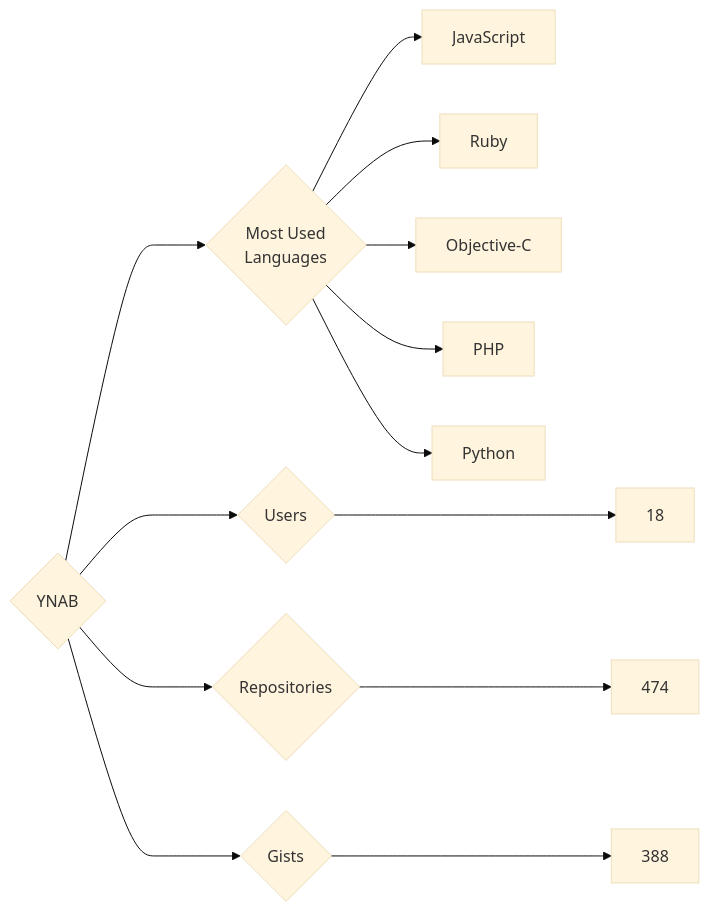
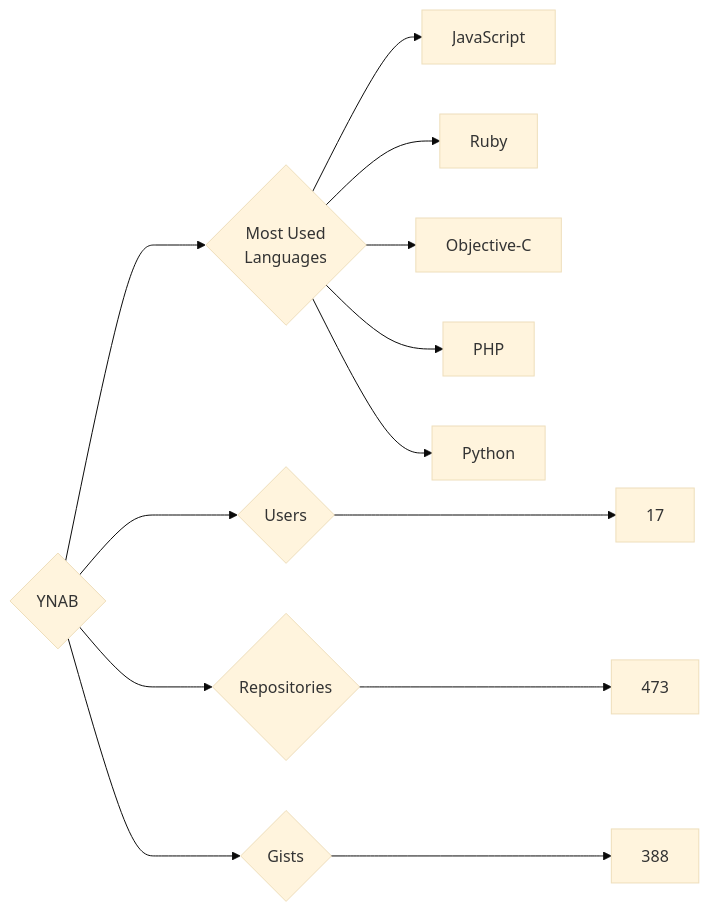
The diagram in targets/YNAB/README.md (trickest/insiders), drawn with Mermaid (base theme) before and after one commit. The commit also changed 912 other files, not shown here.

````diff
--- a/targets/YNAB/README.md
+++ b/targets/YNAB/README.md
@@ -3,13 +3,13 @@
 ```mermaid
 graph LR
 COMPANY_NAME{YNAB}
-COMPANY_NAME ---> U{Users} ---> UN[18]
-COMPANY_NAME ---> R{Repositories} ---> RN[474]
+COMPANY_NAME ---> U{Users} ---> UN[17]
+COMPANY_NAME ---> R{Repositories} ---> RN[473]
 COMPANY_NAME ---> G{Gists} ---> GN[388]
 COMPANY_NAME ---> ML{Most Used<br>Languages}
 ML --> JavaScript[JavaScript]
 ML --> Ruby[Ruby]
 ML --> Objective-C[Objective-C]
 ML --> PHP[PHP]
 ML --> Python[Python]
 ```
````
